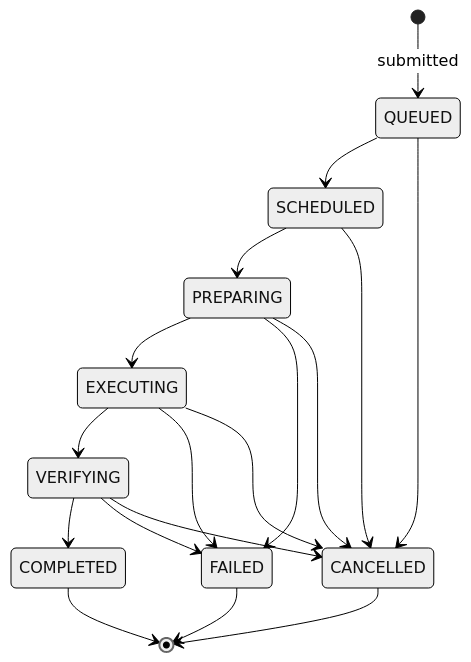
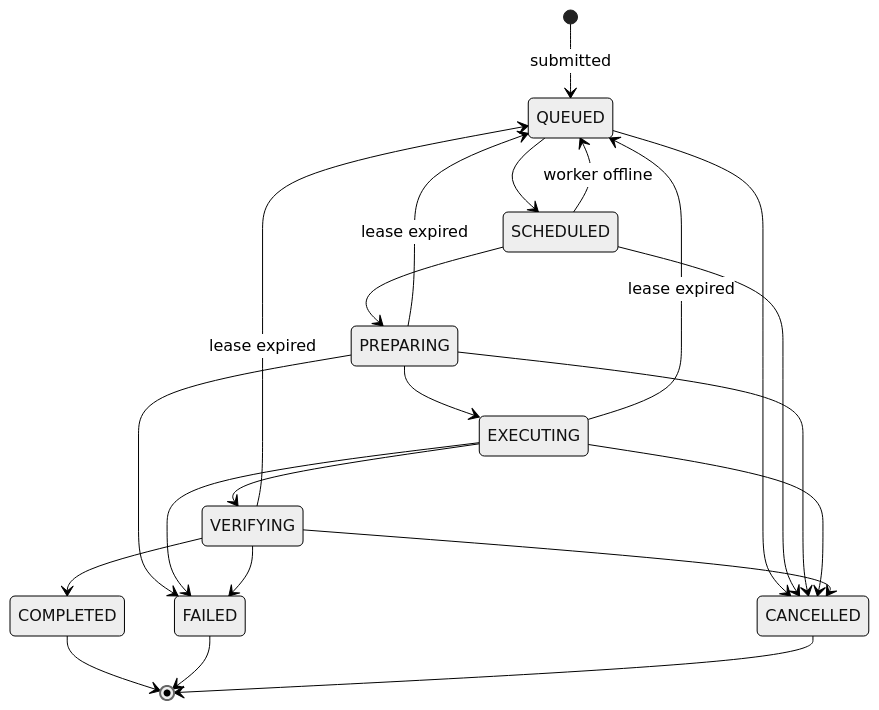
One commit to Khantdotcom/Tsuzuku-Runner changed the second of 7 diagrams in docs/architecture.md. Above: the diagram before and after it, drawn with Mermaid (neutral theme). The commit also changed other lines of this file and 26 other files, not shown here.

````diff
--- a/docs/architecture.md
+++ b/docs/architecture.md
@@ -111,20 +111,24 @@
 ```mermaid
 stateDiagram-v2
     [*] --> QUEUED: submitted
     QUEUED --> SCHEDULED
     SCHEDULED --> PREPARING
+    SCHEDULED --> QUEUED: worker offline
     PREPARING --> EXECUTING
     EXECUTING --> VERIFYING
     VERIFYING --> COMPLETED
     PREPARING --> FAILED
     EXECUTING --> FAILED
     VERIFYING --> FAILED
+    PREPARING --> QUEUED: lease expired
+    EXECUTING --> QUEUED: lease expired
+    VERIFYING --> QUEUED: lease expired
     QUEUED --> CANCELLED
     SCHEDULED --> CANCELLED
     PREPARING --> CANCELLED
     EXECUTING --> CANCELLED
     VERIFYING --> CANCELLED
     COMPLETED --> [*]
     FAILED --> [*]
     CANCELLED --> [*]
 ```
````
